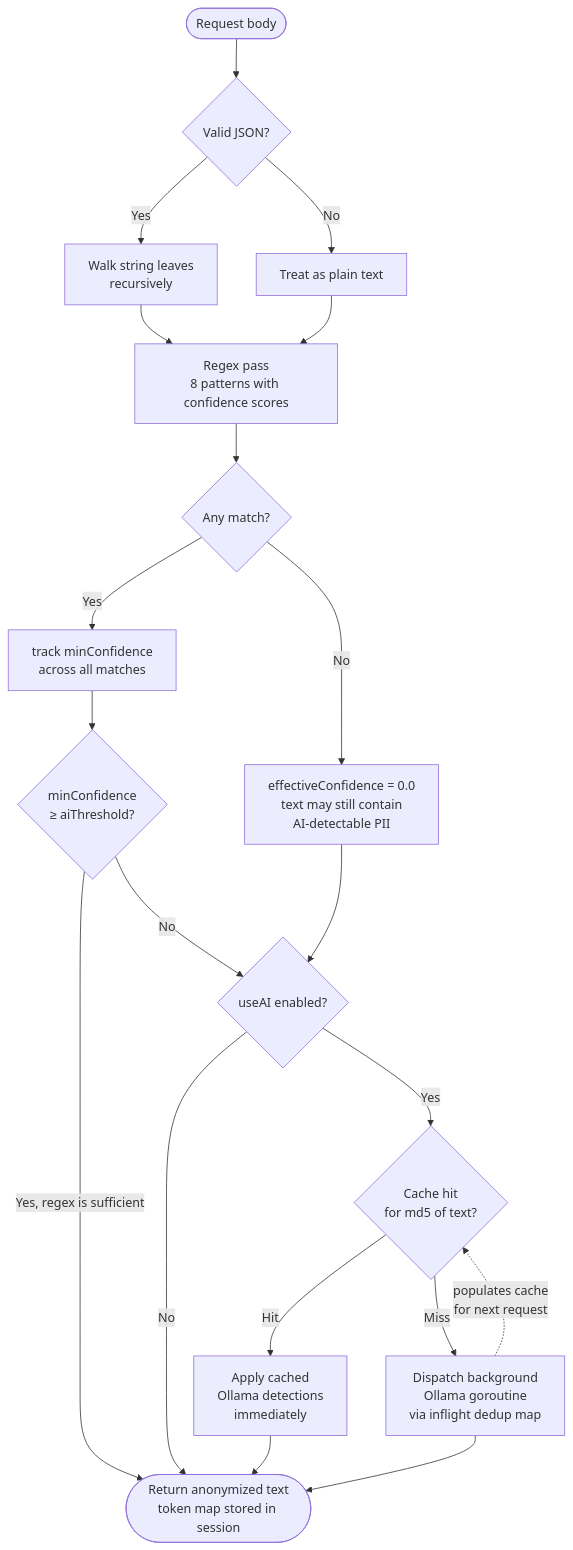
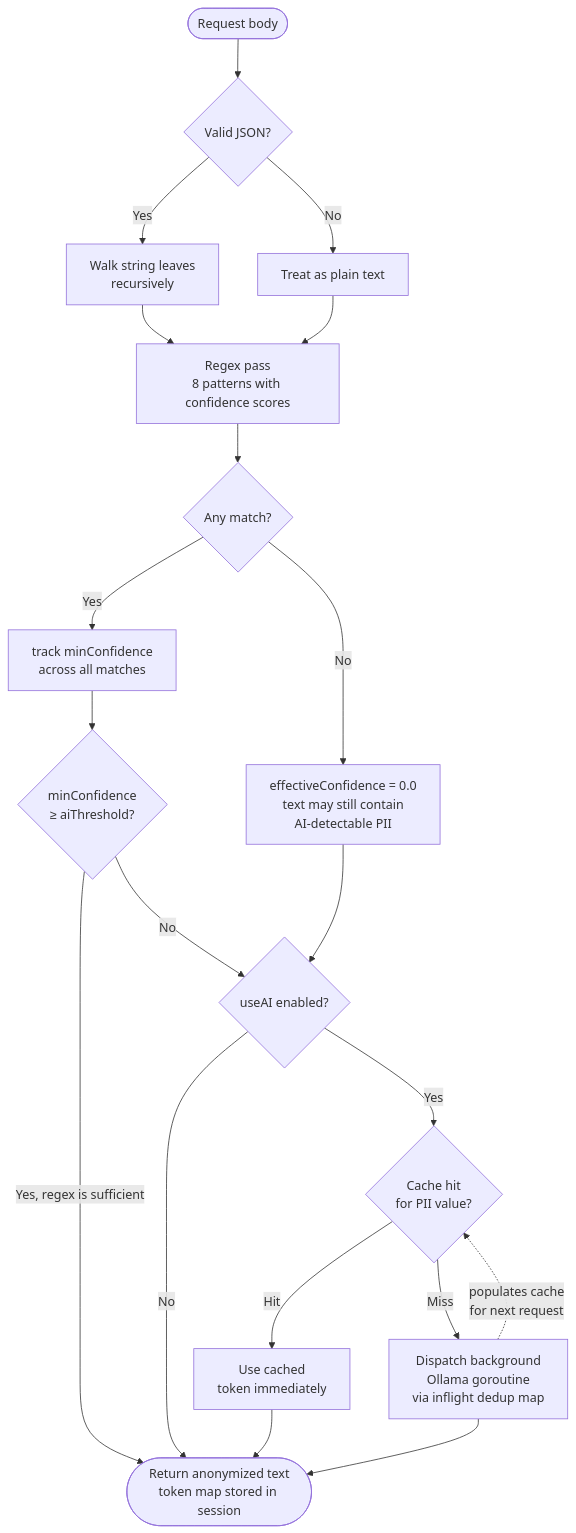
Before and after one commit to laplaque/ai-anonymizing-proxy: the fifth of 9 diagrams in docs/architecture.md, drawn with Mermaid. The commit also changed other lines of this file and 18 other files, not shown here.

````diff
--- a/docs/architecture.md
+++ b/docs/architecture.md
@@ -129,32 +129,32 @@
 ```mermaid
 flowchart TD
     IN([Request body]) --> PARSE{Valid JSON?}
     PARSE -->|Yes| WALK[Walk string leaves\nrecursively]
     PARSE -->|No| PLAIN[Treat as plain text]
     WALK --> RX
     PLAIN --> RX
 
     RX[Regex pass\n8 patterns with confidence scores] --> MATCH{Any match?}
 
     MATCH -->|No| NOCONF[effectiveConfidence = 0.0\ntext may still contain\nAI-detectable PII]
     MATCH -->|Yes| MINC[track minConfidence\nacross all matches]
 
     MINC --> THRESH{minConfidence\n≥ aiThreshold?}
     THRESH -->|Yes, regex is sufficient| OUT
 
     THRESH -->|No| AI{useAI enabled?}
     NOCONF --> AI
 
     AI -->|No| OUT
-    AI -->|Yes| CACHE{Cache hit\nfor md5 of text?}
+    AI -->|Yes| CACHE{Cache hit\nfor PII value?}
 
-    CACHE -->|Hit| APPLY[Apply cached\nOllama detections\nimmediately]
+    CACHE -->|Hit| APPLY[Use cached\ntoken immediately]
     APPLY --> OUT
 
     CACHE -->|Miss| ASYNC[Dispatch background\nOllama goroutine\nvia inflight dedup map]
     ASYNC --> OUT
 
     OUT([Return anonymized text\ntoken map stored in session])
 
     ASYNC -.->|populates cache\nfor next request| CACHE
 ```
````
